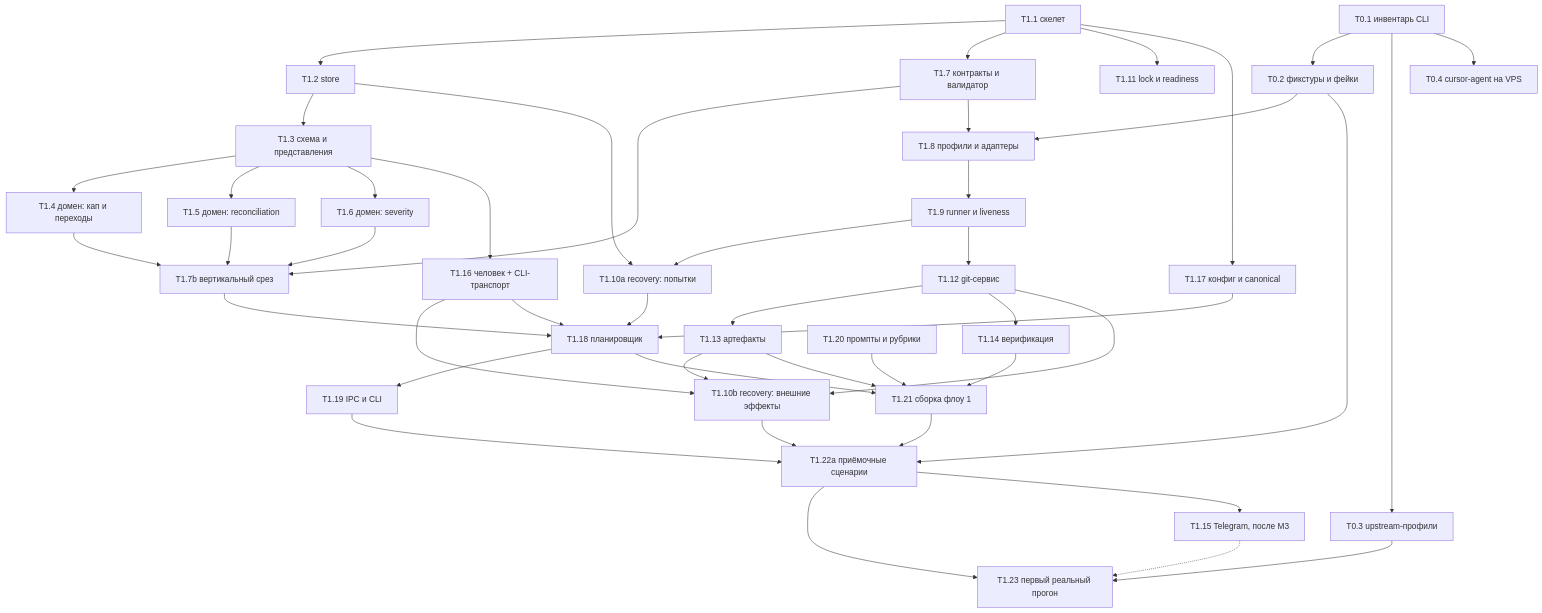
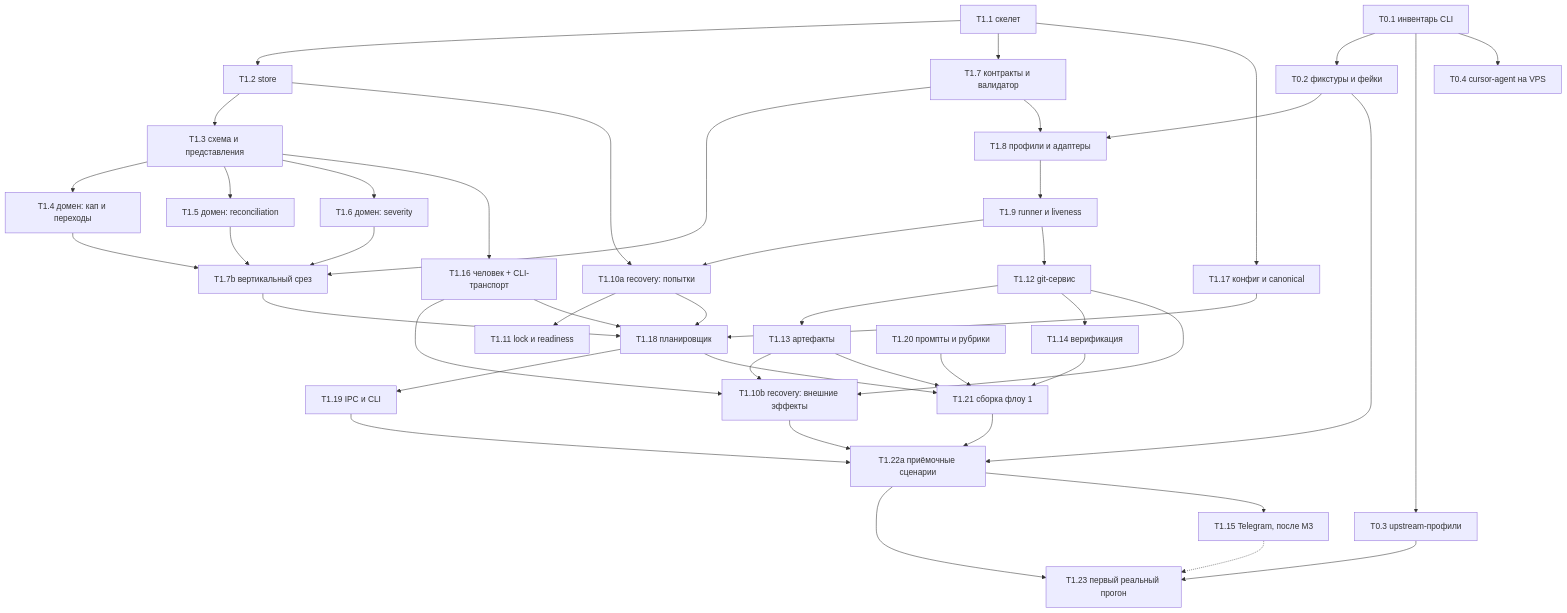
Before and after one commit to Isqander/stable-metaswarm: the diagram in docs/design/task-plans.md, drawn with Mermaid. The commit also changed other lines of this file and 5 other files, not shown here.

````diff
--- a/docs/design/task-plans.md
+++ b/docs/design/task-plans.md
@@ -60,48 +61,48 @@
 ```mermaid
 flowchart TB
   T01[T0.1 инвентарь CLI] --> T02[T0.2 фикстуры и фейки]
   T01 --> T03[T0.3 upstream-профили]
   T01 --> T04[T0.4 cursor-agent на VPS]
 
   T11[T1.1 скелет] --> T12[T1.2 store]
   T12 --> T13[T1.3 схема и представления]
   T13 --> T14[T1.4 домен: кап и переходы]
   T13 --> T15[T1.5 домен: reconciliation]
   T13 --> T16[T1.6 домен: severity]
   T11 --> T17[T1.7 контракты и валидатор]
   T14 --> T17b[T1.7b вертикальный срез]
   T15 --> T17b
   T16 --> T17b
   T17 --> T17b
   T02 --> T18[T1.8 профили и адаптеры]
   T17 --> T18
   T18 --> T19[T1.9 runner и liveness]
   T19 --> T110a[T1.10a recovery: попытки]
   T12 --> T110a
-  T11 --> T111[T1.11 lock и readiness]
+  T110a --> T111[T1.11 lock и readiness]
   T19 --> T112[T1.12 git-сервис]
   T112 --> T113[T1.13 артефакты]
   T112 --> T114[T1.14 верификация]
   T13 --> T116[T1.16 человек + CLI-транспорт]
   T112 --> T110b[T1.10b recovery: внешние эффекты]
   T113 --> T110b
   T116 --> T110b
   T11 --> T117[T1.17 конфиг и canonical]
   T17b --> T118[T1.18 планировщик]
   T110a --> T118
   T117 --> T118
   T116 --> T118
   T118 --> T119[T1.19 IPC и CLI]
   T113 --> T121[T1.21 сборка флоу 1]
   T114 --> T121
   T118 --> T121
   T120[T1.20 промпты и рубрики] --> T121
   T119 --> T122[T1.22a приёмочные сценарии]
   T121 --> T122
   T110b --> T122
   T02 --> T122
   T122 --> T123[T1.23 первый реальный прогон]
   T03 --> T123
   T122 --> T115[T1.15 Telegram, после M3]
   T115 -.-> T123
 ```
````
